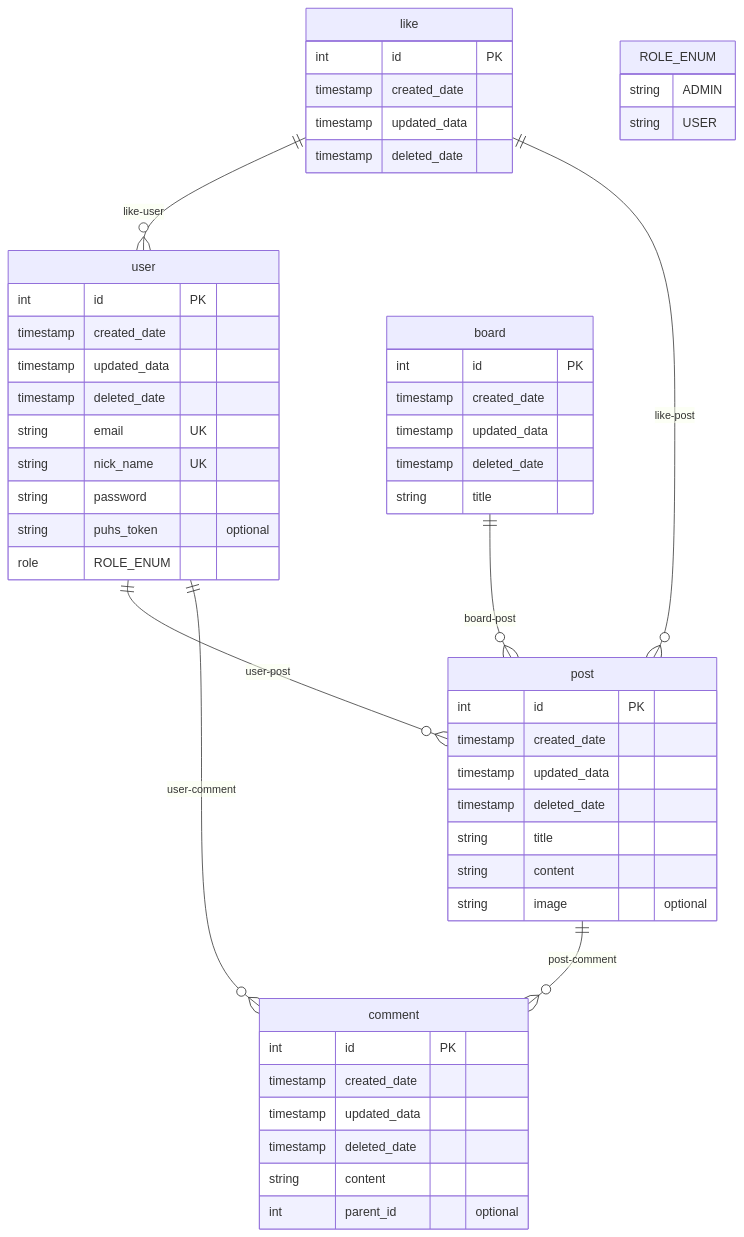
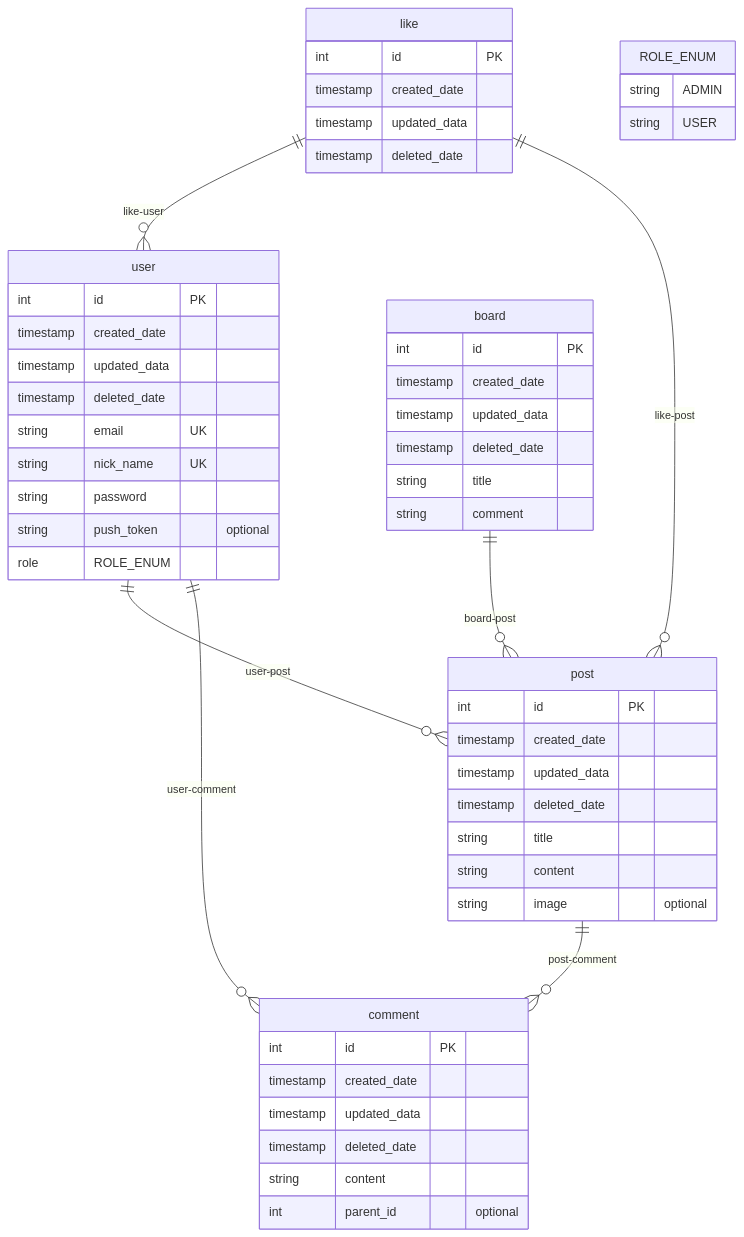
One commit to application-fullstack-project/server changed the diagram in erd.md. Above: the diagram before and after it, drawn with Mermaid. The commit also changed 6 other files, not shown here.

````diff
--- a/erd.md
+++ b/erd.md
@@ -1,54 +1,55 @@
 ```mermaid
 erDiagram
 user {
     int id PK
     timestamp created_date
     timestamp updated_data
     timestamp deleted_date
     string email UK 
     string nick_name UK
     string password
-    string puhs_token "optional"
+    string push_token "optional"
     role ROLE_ENUM
 }
 post {
     int id PK
     timestamp created_date
     timestamp updated_data
     timestamp deleted_date
     string title
     string content
     string image "optional"
 }
 board {
     int id PK
     timestamp created_date
     timestamp updated_data
     timestamp deleted_date
     string title
+    string comment
 }
 like {
     int id PK
     timestamp created_date
     timestamp updated_data
     timestamp deleted_date
 }
 comment {
     int id PK
     timestamp created_date
     timestamp updated_data
     timestamp deleted_date
     string content
     int parent_id "optional"
 }
 ROLE_ENUM {
     string ADMIN
     string USER
 }
 user ||--o{ post : user-post
 board ||--o{ post : board-post
 like ||--o{ user : like-user
 like ||--o{ post : like-post
 post ||--o{ comment : post-comment
 user ||--o{ comment : user-comment
 ```
````
